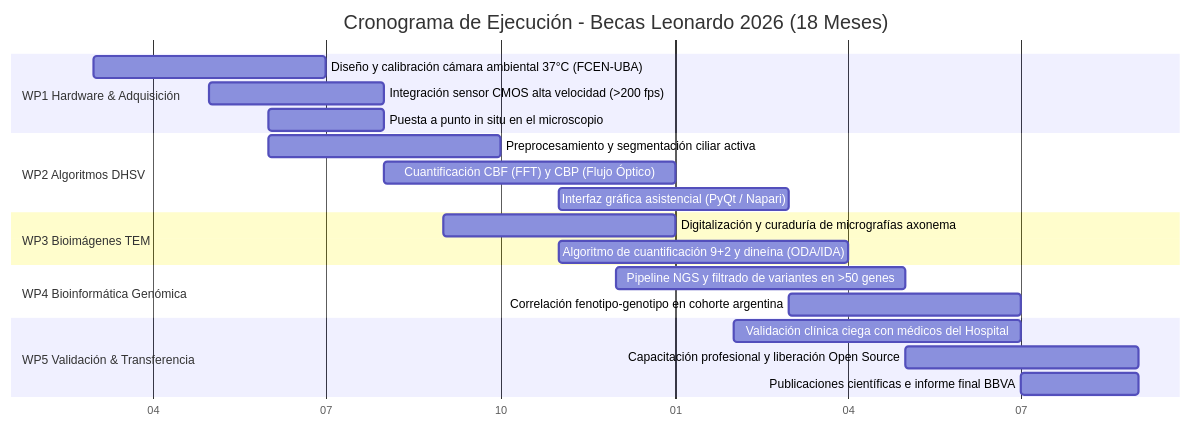
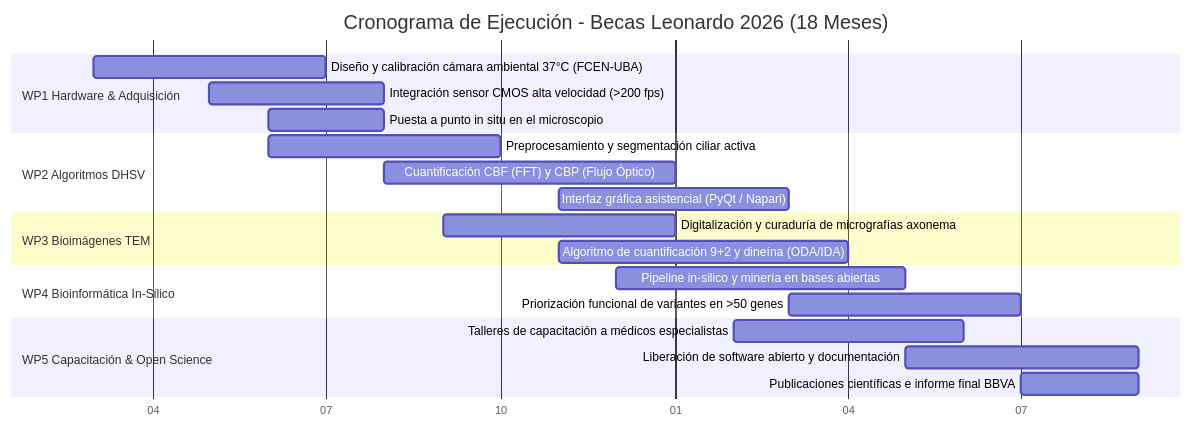
Before and after one commit to acorbat/leonardo: the diagram in MEMORIA_TECNICA.md, drawn with Mermaid. The commit also changed other lines of this file and 3 other files, not shown here.

````diff
--- a/MEMORIA_TECNICA.md
+++ b/MEMORIA_TECNICA.md
@@ -84,24 +85,24 @@
 ```mermaid
 gantt
     title Cronograma de Ejecución - Becas Leonardo 2026 (18 Meses)
     dateFormat  YYYY-MM
     axisFormat  %m
     section WP1 Hardware & Adquisición
     Diseño y calibración cámara ambiental 37°C (FCEN-UBA): 2027-03, 4M
     Integración sensor CMOS alta velocidad (>200 fps)  : 2027-05, 3M
     Puesta a punto in situ en el microscopio            : 2027-06, 2M
     section WP2 Algoritmos DHSV
     Preprocesamiento y segmentación ciliar activa       : 2027-06, 4M
     Cuantificación CBF (FFT) y CBP (Flujo Óptico)      : 2027-08, 5M
     Interfaz gráfica asistencial (PyQt / Napari)        : 2027-11, 4M
     section WP3 Bioimágenes TEM
     Digitalización y curaduría de micrografías axonema  : 2027-09, 4M
     Algoritmo de cuantificación 9+2 y dineína (ODA/IDA) : 2027-11, 5M
-    section WP4 Bioinformática Genómica
-    Pipeline NGS y filtrado de variantes en >50 genes   : 2027-12, 5M
-    Correlación fenotipo-genotipo en cohorte argentina  : 2028-03, 4M
-    section WP5 Validación & Transferencia
-    Validación clínica ciega con médicos del Hospital   : 2028-02, 5M
-    Capacitación profesional y liberación Open Source   : 2028-05, 4M
+    section WP4 Bioinformática In-Silico
+    Pipeline in-silico y minería en bases abiertas     : 2027-12, 5M
+    Priorización funcional de variantes en >50 genes    : 2028-03, 4M
+    section WP5 Capacitación & Open Science
+    Talleres de capacitación a médicos especialistas    : 2028-02, 4M
+    Liberación de software abierto y documentación      : 2028-05, 4M
     Publicaciones científicas e informe final BBVA      : 2028-07, 2M
 ```
````
